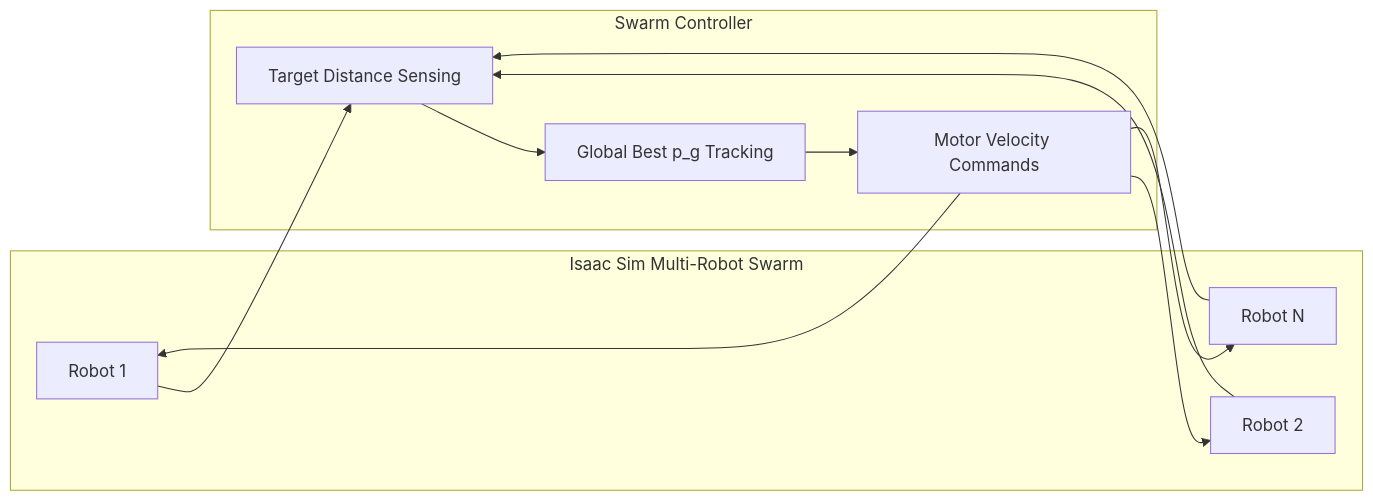
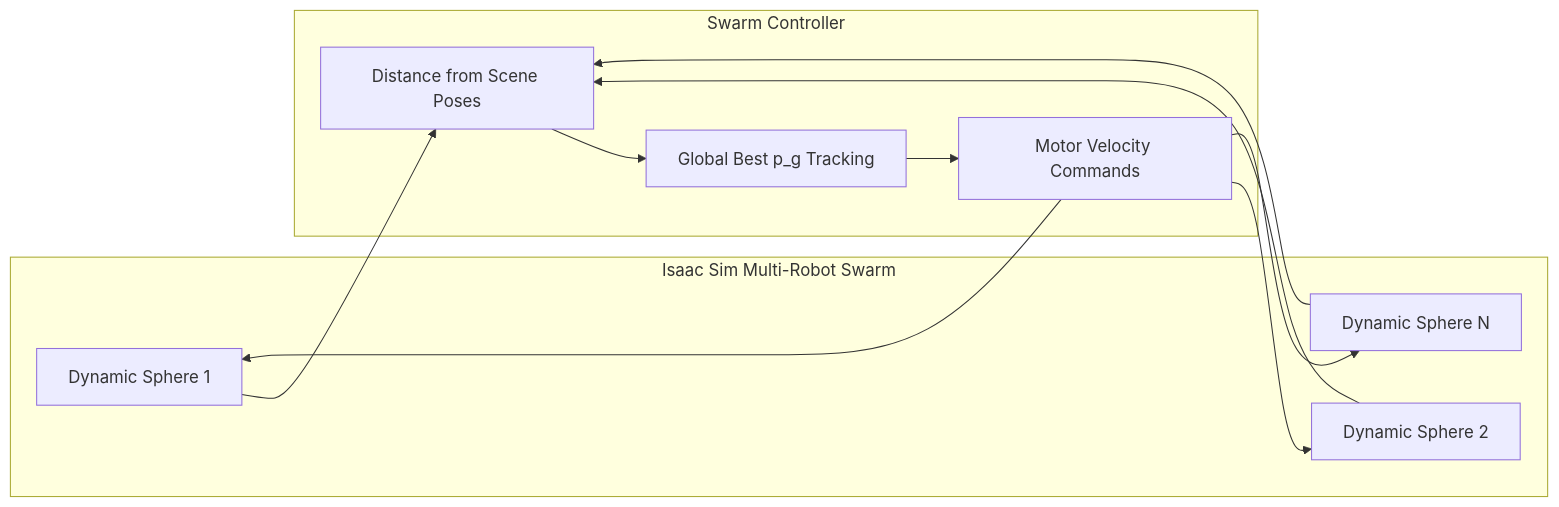
Before and after one commit to robotictang/CSC3034: the third of 3 diagrams in src/lab4.md, drawn with Mermaid. The commit also changed other lines of this file and 109 other files, not shown here.

````diff
--- a/src/lab4.md
+++ b/src/lab4.md
@@ -730,16 +731,16 @@
 ```mermaid
 graph LR
     subgraph Swarm ["Isaac Sim Multi-Robot Swarm"]
-        R1["Robot 1"]
-        R2["Robot 2"]
-        R3["Robot N"]
+        R1["Dynamic Sphere 1"]
+        R2["Dynamic Sphere 2"]
+        R3["Dynamic Sphere N"]
     end
     
     subgraph PSOAlg ["Swarm Controller"]
-        Sensing["Target Distance Sensing"]
+        Sensing["Distance from Scene Poses"]
         GBestUpdate["Global Best p_g Tracking"]
         MotorDrive["Motor Velocity Commands"]
     end
     
     R1 & R2 & R3 --> Sensing --> GBestUpdate --> MotorDrive --> R1 & R2 & R3
 ```
````
